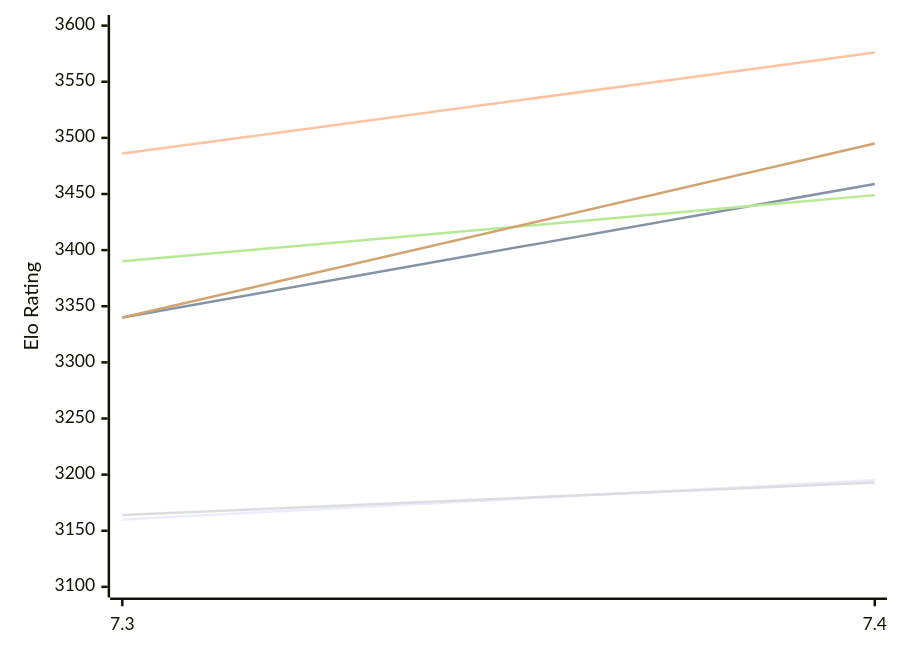
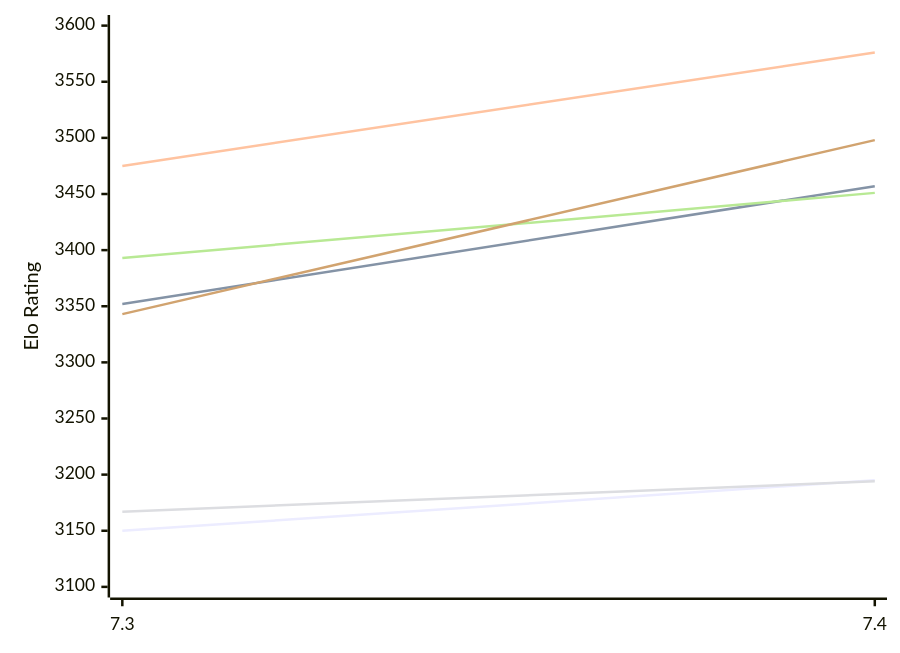
The diagram in engines/Booot.md (computer-chess-index/cci), drawn with Mermaid before and after one commit. The commit also changed other lines of this file, not shown here.

Commit message:
Update CCI Ratings (ELO VLTC) - 2026-11-24

````diff
--- a/engines/Booot.md
+++ b/engines/Booot.md
@@ -49,12 +49,12 @@
 ```mermaid
 %%{init: {"theme":"base","themeVariables":{"seriesColors:['#a3a3a3','#222221','#faa371']}}}%%
 xychart-beta
   x-axis ["7.3", "7.4"]
   y-axis "Elo Rating" 3100 --> 3600
-  line "E1: STC (8.0+0.08s)" [3160, 3195]
-  line "E1: LTC (60.0+0.60s)" [3340, 3459]
-  line "E1: VLTC (2m24s+1.12s)" [3486, 3576]
-  line "P1: STC (8.0+0.08s)" [3164, 3193]
-  line "P1: LTC (60.0+0.60s)" [3390, 3449]
-  line "P1: VLTC (2m24s+1.12s)" [3340, 3495]
+  line "E1: STC (8.0+0.08s)" [3150, 3195]
+  line "E1: LTC (60.0+0.60s)" [3352, 3457]
+  line "E1: VLTC (2m24s+1.12s)" [3475, 3576]
+  line "P1: STC (8.0+0.08s)" [3167, 3194]
+  line "P1: LTC (60.0+0.60s)" [3393, 3451]
+  line "P1: VLTC (2m24s+1.12s)" [3343, 3498]
 ```
````
